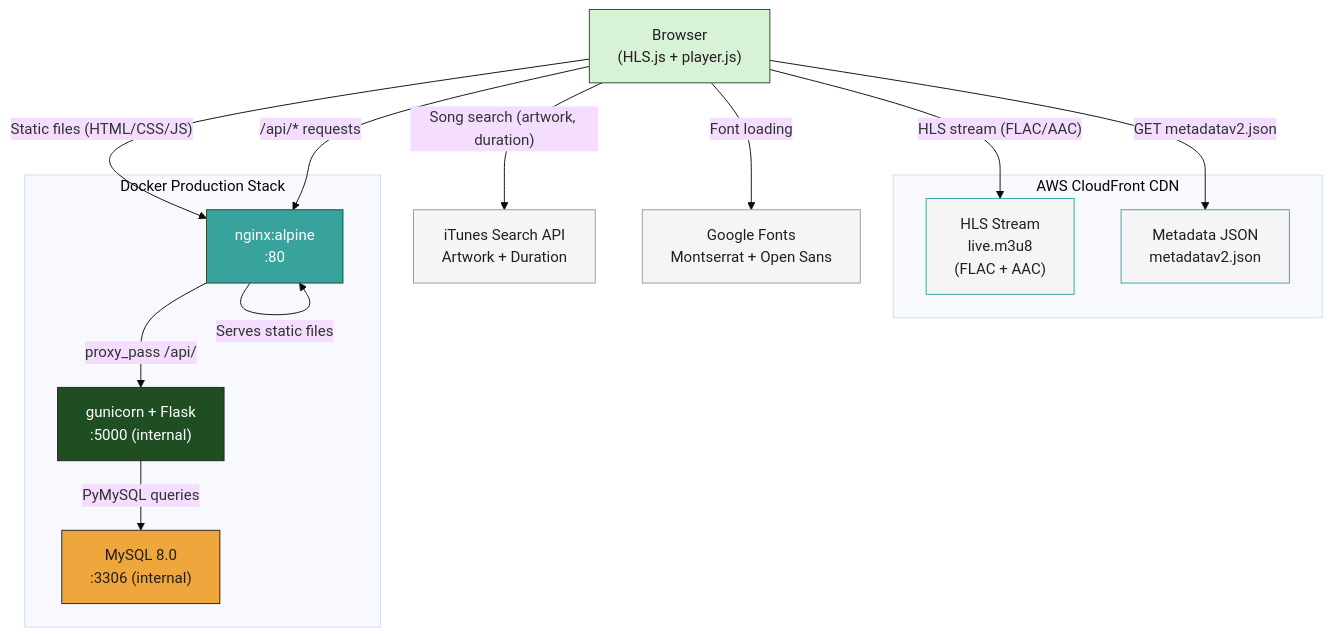
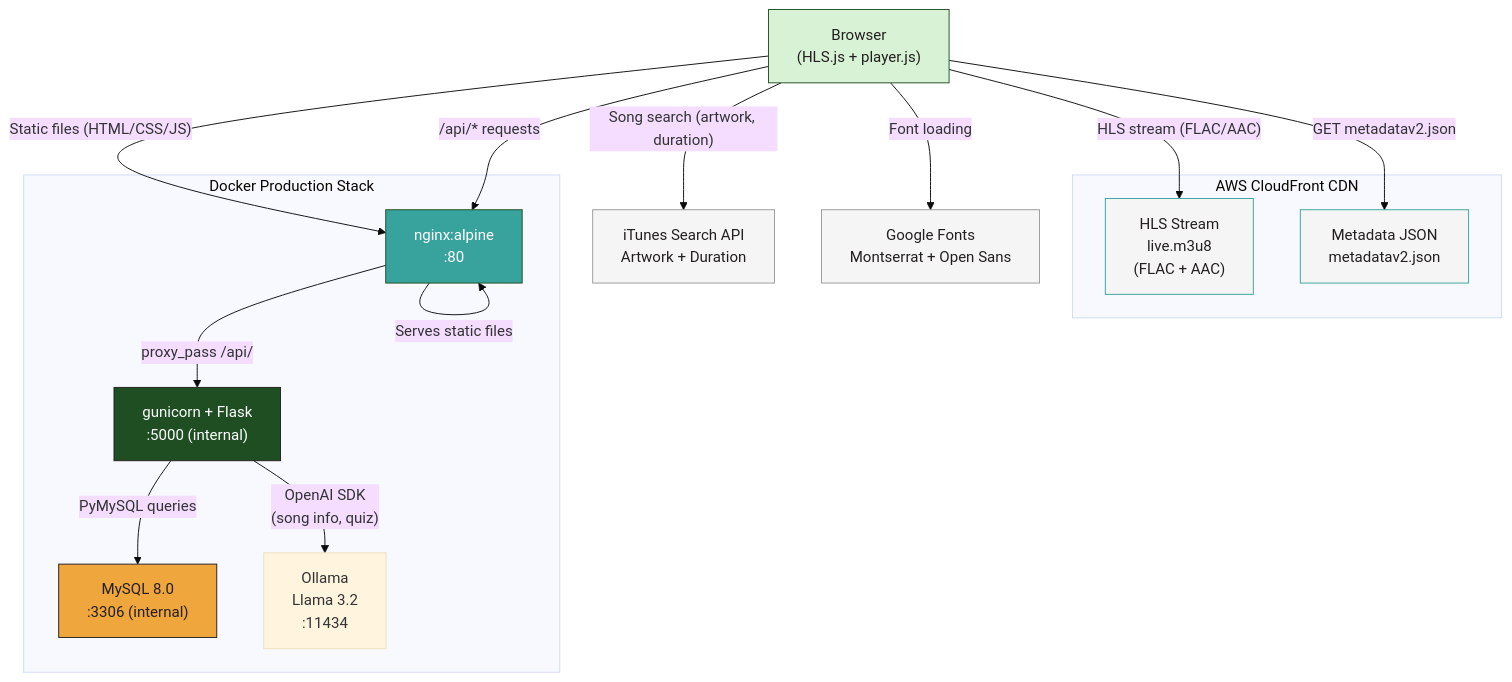
The first of 5 diagrams in docs/tech-spec.md (mgmarques/radiocalico), drawn with Mermaid (base theme) before and after one commit. The commit also changed other lines of this file and 25 other files, not shown here.

````diff
--- a/docs/tech-spec.md
+++ b/docs/tech-spec.md
@@ -48,38 +48,40 @@
 ```mermaid
 graph TD
     Browser["Browser<br/>(HLS.js + player.js)"]
 
     subgraph CloudFront["AWS CloudFront CDN"]
         HLS["HLS Stream<br/>live.m3u8<br/>(FLAC + AAC)"]
         Meta["Metadata JSON<br/>metadatav2.json"]
     end
 
     subgraph Docker["Docker Production Stack"]
         nginx["nginx:alpine<br/>:80"]
         gunicorn["gunicorn + Flask<br/>:5000 (internal)"]
         MySQL["MySQL 8.0<br/>:3306 (internal)"]
+        Ollama["Ollama<br/>Llama 3.2<br/>:11434"]
     end
 
     iTunes["iTunes Search API<br/>Artwork + Duration"]
     GoogleFonts["Google Fonts<br/>Montserrat + Open Sans"]
 
     Browser -- "HLS stream (FLAC/AAC)" --> HLS
     Browser -- "GET metadatav2.json" --> Meta
     Browser -- "Static files (HTML/CSS/JS)" --> nginx
     Browser -- "/api/* requests" --> nginx
     Browser -- "Song search (artwork, duration)" --> iTunes
     Browser -- "Font loading" --> GoogleFonts
 
     nginx -- "Serves static files" --> nginx
     nginx -- "proxy_pass /api/" --> gunicorn
     gunicorn -- "PyMySQL queries" --> MySQL
+    gunicorn -- "OpenAI SDK<br/>(song info, quiz)" --> Ollama
 
     style Browser fill:#D8F2D5,stroke:#1F4E23,color:#231F20
     style nginx fill:#38A29D,stroke:#1F4E23,color:#FFFFFF
     style gunicorn fill:#1F4E23,stroke:#231F20,color:#FFFFFF
     style MySQL fill:#EFA63C,stroke:#231F20,color:#231F20
     style HLS fill:#f5f5f5,stroke:#38A29D,color:#231F20
     style Meta fill:#f5f5f5,stroke:#38A29D,color:#231F20
     style iTunes fill:#f5f5f5,stroke:#999,color:#231F20
     style GoogleFonts fill:#f5f5f5,stroke:#999,color:#231F20
 ```
````
